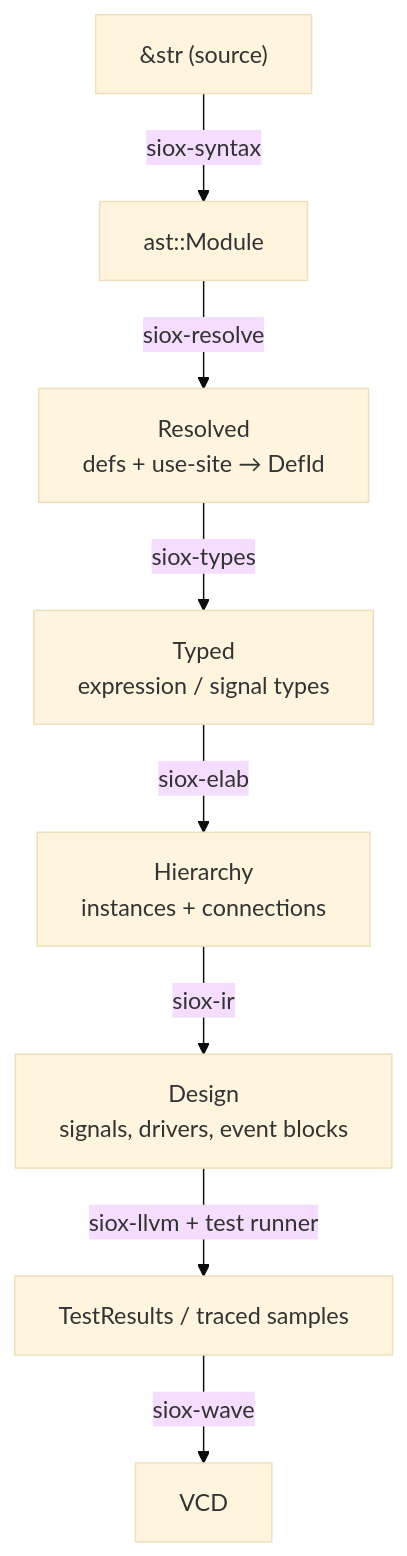
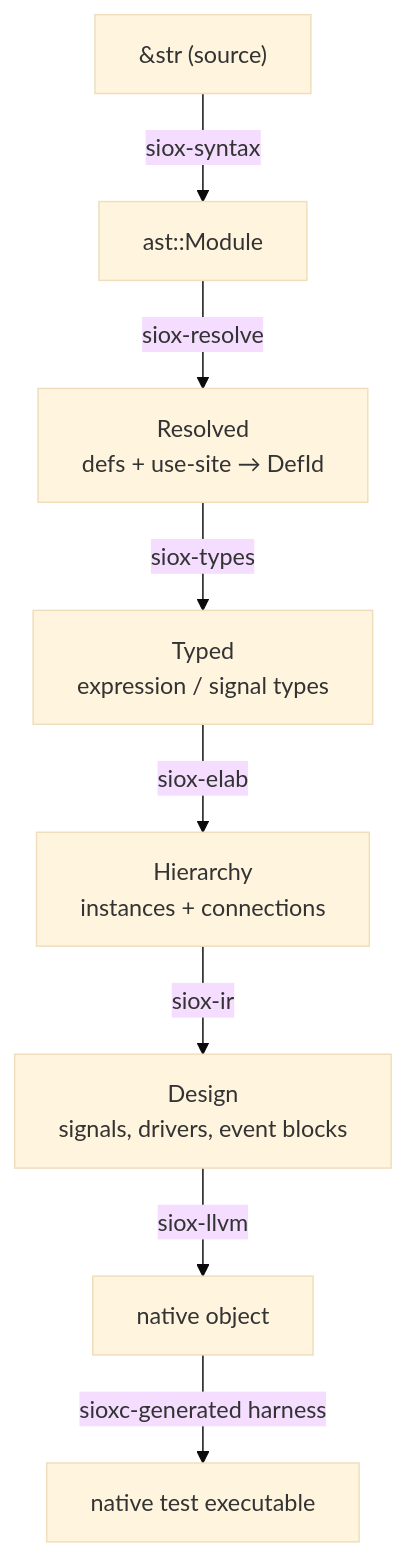
One commit to Siox-lang/sioxc changed the second of 2 diagrams in docs/architecture.md. Above: the diagram before and after it, drawn with Mermaid (base theme). The commit also changed other lines of this file and 38 other files, not shown here.

````diff
--- a/docs/architecture.md
+++ b/docs/architecture.md
@@ -80,10 +78,10 @@
 ```mermaid
 flowchart TD
     A["&str (source)"] -->|siox-syntax| B["ast::Module"]
     B -->|siox-resolve| C["Resolved<br/>defs + use-site → DefId"]
     C -->|siox-types| D["Typed<br/>expression / signal types"]
     D -->|siox-elab| E["Hierarchy<br/>instances + connections"]
     E -->|siox-ir| F["Design<br/>signals, drivers, event blocks"]
-    F -->|"siox-llvm + test runner"| G["TestResults / traced samples"]
-    G -->|siox-wave| H["VCD"]
+    F -->|"siox-llvm"| G["native object"]
+    G -->|"sioxc-generated harness"| H["native test executable"]
 ```
````
